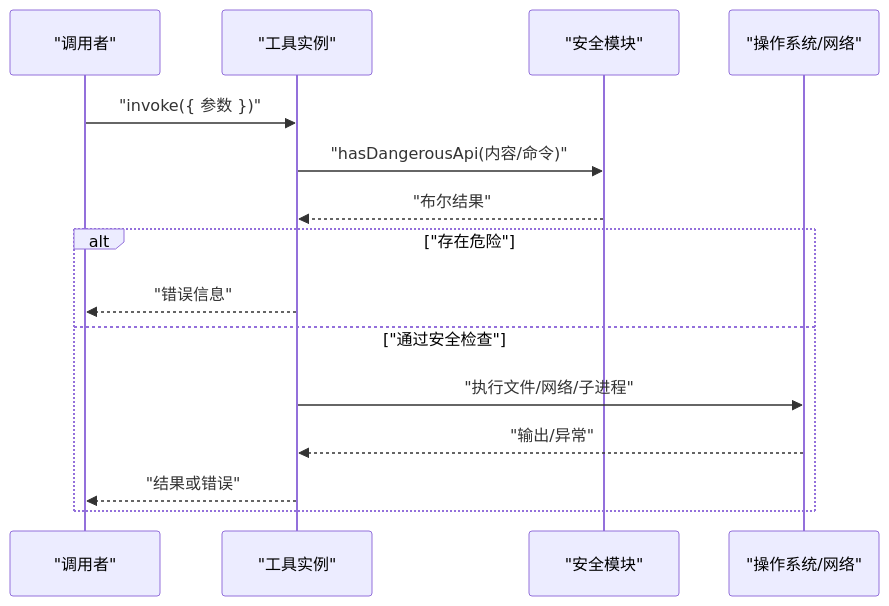
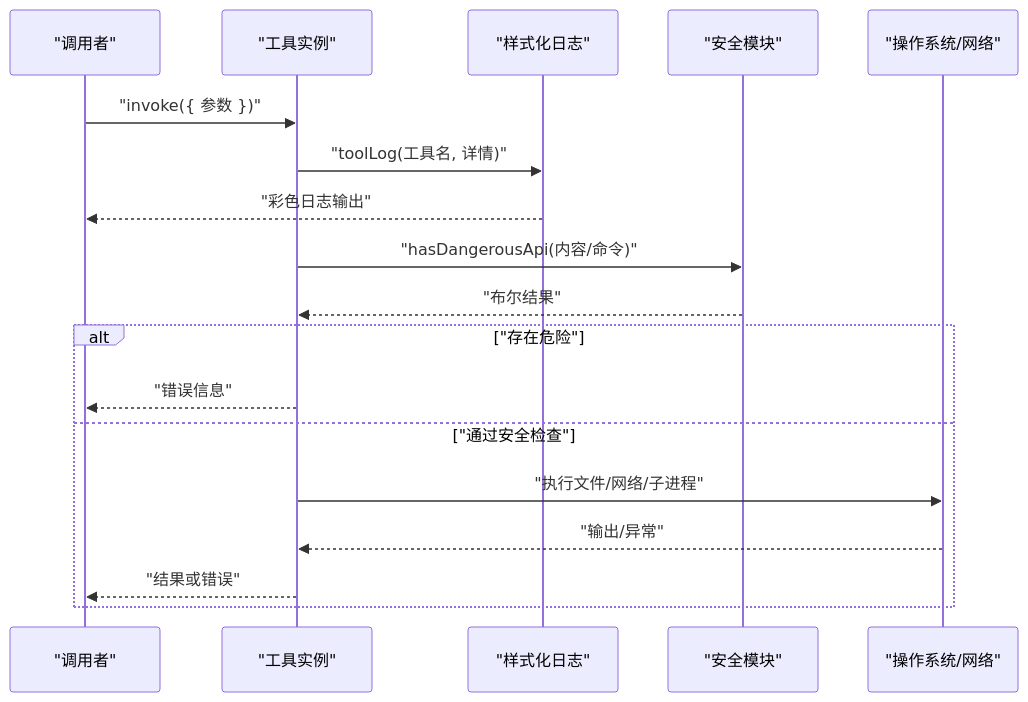
One commit to HAOFUYANG/onion-code changed the second of 7 diagrams in .qoder/repowiki/zh/content/工具系统/工具系统.md. Above: the diagram before and after it, drawn with Mermaid. The commit also changed other lines of this file and 5 other files, not shown here.

````diff
--- a/.qoder/repowiki/zh/content/工具系统/工具系统.md
+++ b/.qoder/repowiki/zh/content/工具系统/工具系统.md
@@ -118,17 +129,20 @@
 ```mermaid
 sequenceDiagram
 participant U as "调用者"
 participant T as "工具实例"
+participant ST as "样式化日志"
 participant SEC as "安全模块"
 participant OS as "操作系统/网络"
 U->>T : "invoke({ 参数 })"
+T->>ST : "toolLog(工具名, 详情)"
+ST-->>U : "彩色日志输出"
 T->>SEC : "hasDangerousApi(内容/命令)"
 SEC-->>T : "布尔结果"
 alt "存在危险"
 T-->>U : "错误信息"
 else "通过安全检查"
 T->>OS : "执行文件/网络/子进程"
 OS-->>T : "输出/异常"
 T-->>U : "结果或错误"
 end
 ```
````
